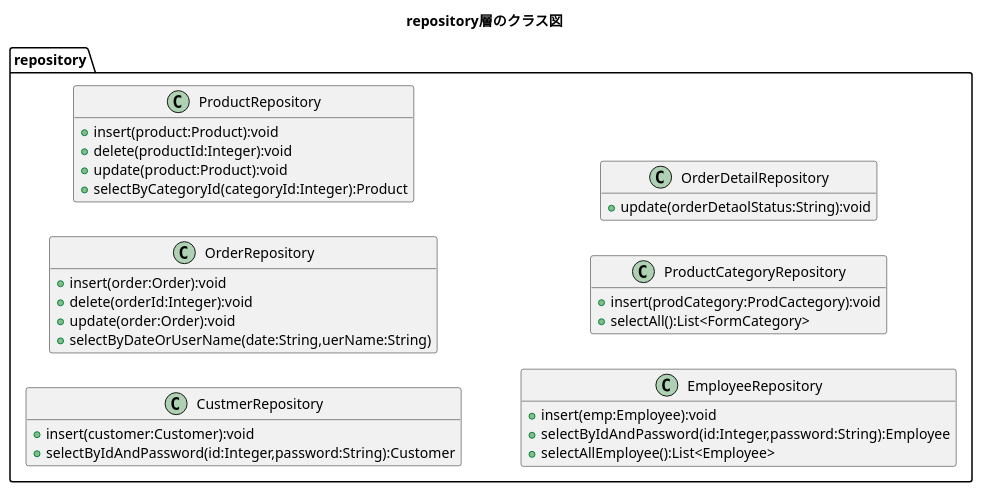
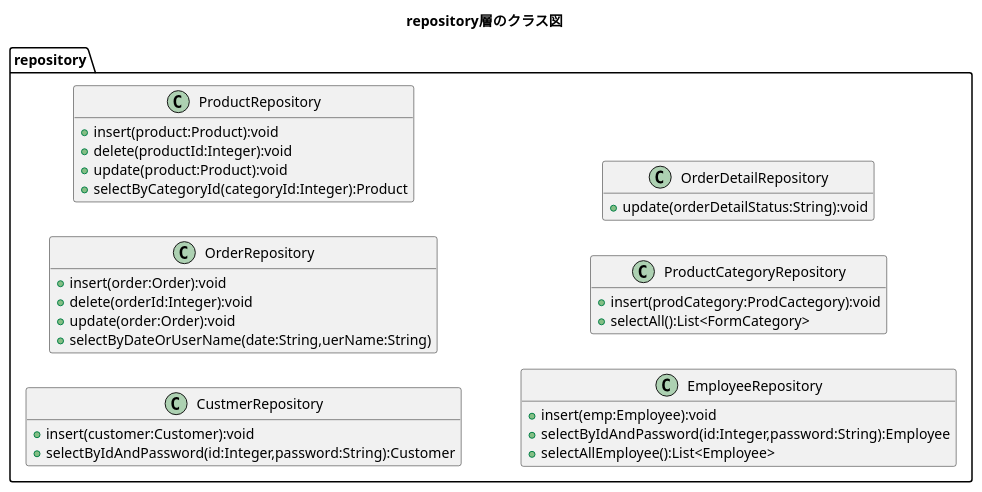
One commit to kanavii3333/ec-b changed the diagram in plan/uml/class/repository.plantuml. Above: the diagram before and after it, drawn with PlantUML.

Commit message:
repository.plantumlの修正

```diff
--- a/plan/uml/class/repository.plantuml
+++ b/plan/uml/class/repository.plantuml
@@ -1,41 +1,41 @@
 @startuml
 title repository層のクラス図
 hide empty members
 left to right direction
 
 package repository{
     class CustmerRepository{
         +insert(customer:Customer):void
         +selectByIdAndPassword(id:Integer,password:String):Customer
     }
 
     class OrderRepository{
         +insert(order:Order):void
         +delete(orderId:Integer):void
         +update(order:Order):void
         +selectByDateOrUserName(date:String,uerName:String)
     }
 
     class ProductRepository{
         +insert(product:Product):void
         +delete(productId:Integer):void
         +update(product:Product):void
         +selectByCategoryId(categoryId:Integer):Product
     }
 
     class EmployeeRepository{
         +insert(emp:Employee):void
         +selectByIdAndPassword(id:Integer,password:String):Employee
         +selectAllEmployee():List<Employee>
     }
 
     class ProductCategoryRepository{
         +insert(prodCategory:ProdCactegory):void
         +selectAll():List<FormCategory>
     }
 
     class OrderDetailRepository{
-        +update(orderDetaolStatus:String):void
+        +update(orderDetailStatus:String):void
     }
 }
 @enduml
```
